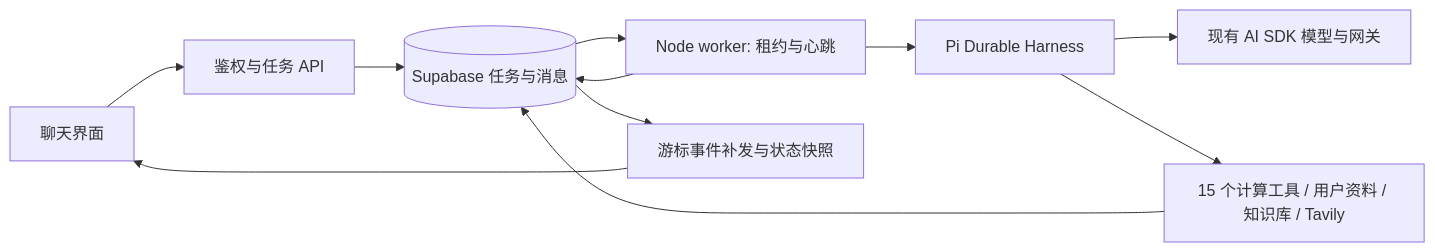
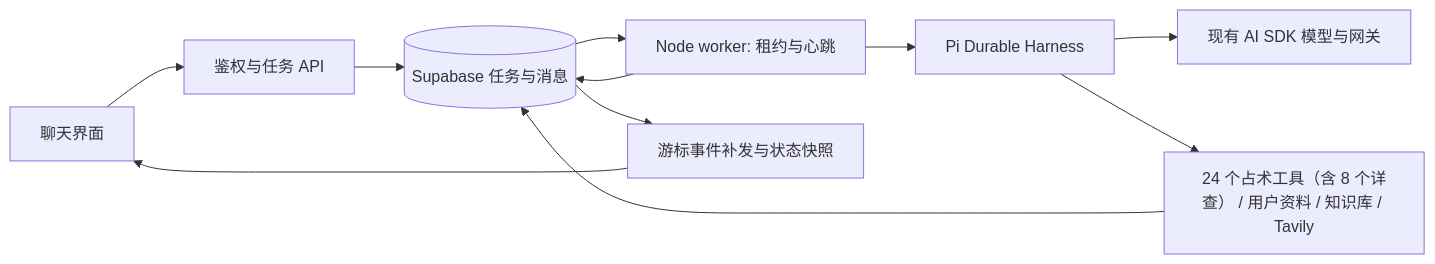
Before and after one commit to hhszzzz/taibu: the diagram in docs/manual/Agent.md, drawn with Mermaid. The commit also changed other lines of this file and 28 other files, not shown here.

First line of the commit message:
feat(agent): finish drilldowns for every chart and sync docs, skill and eval

````diff
--- a/docs/manual/Agent.md
+++ b/docs/manual/Agent.md
@@ -7,13 +7,13 @@
 ```mermaid
 flowchart LR
   UI[聊天界面] --> API[鉴权与任务 API]
   API --> DB[(Supabase 任务与消息)]
   DB --> Worker[Node worker: 租约与心跳]
   Worker --> Pi[Pi Durable Harness]
   Pi --> SDK[现有 AI SDK 模型与网关]
-  Pi --> Tools[15 个计算工具 / 用户资料 / 知识库 / Tavily]
+  Pi --> Tools[24 个占术工具（含 8 个详查） / 用户资料 / 知识库 / Tavily]
   Tools --> DB
   Worker --> DB
   DB --> SSE[游标事件补发与状态快照]
   SSE --> UI
 ```
````
